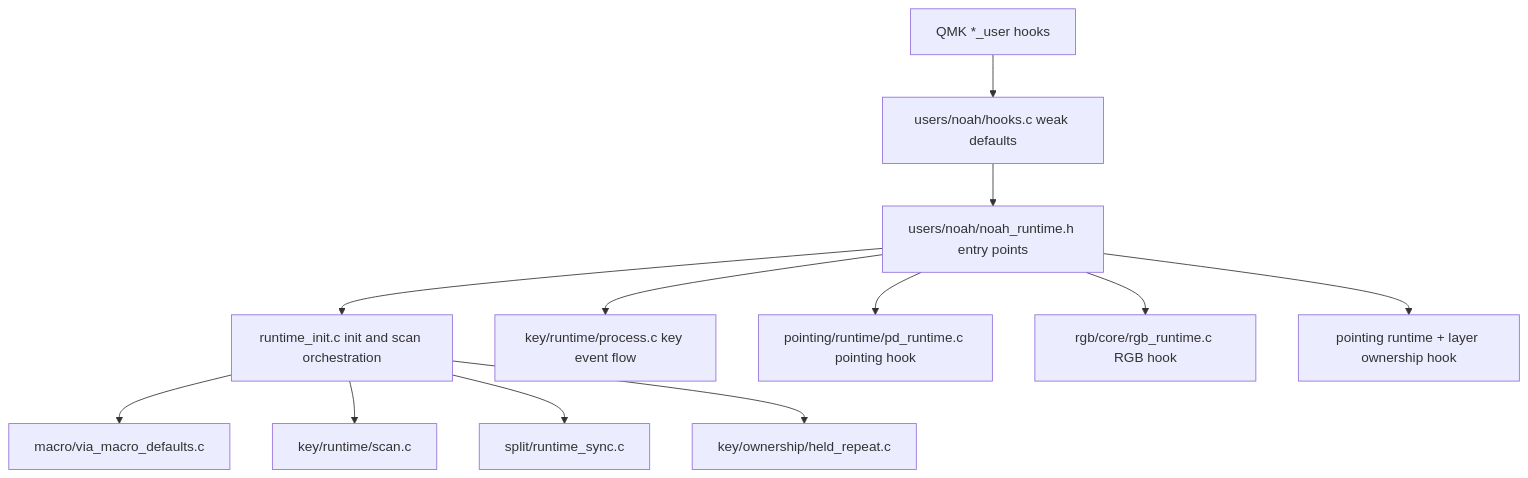
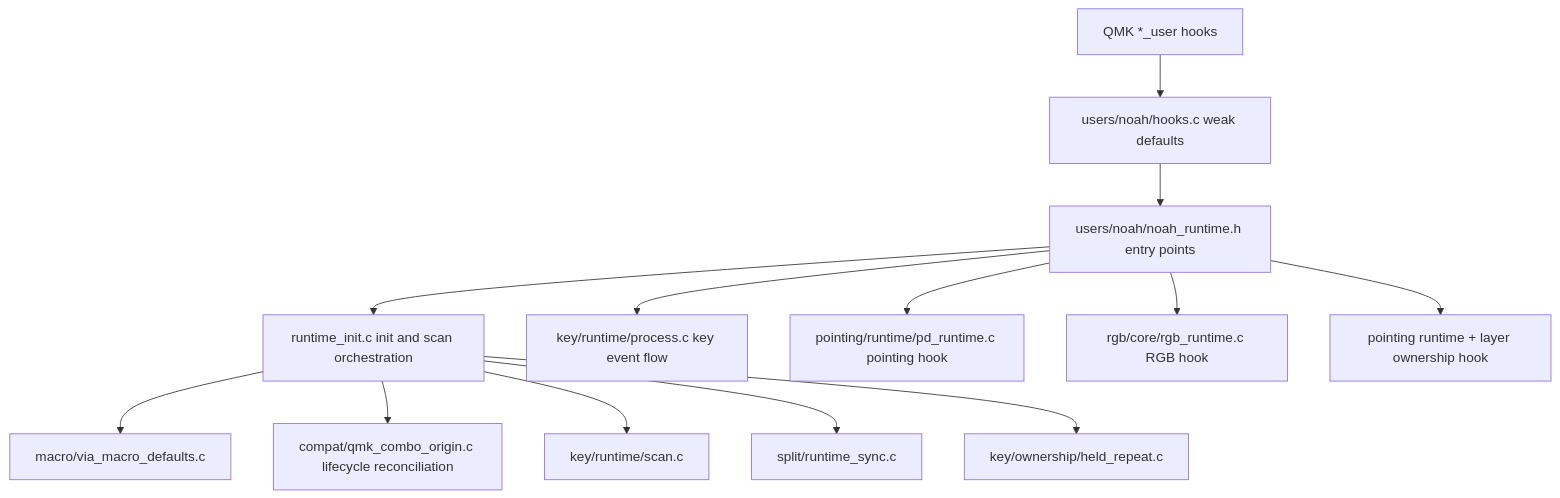
The first of 10 diagrams in docs/architecture/runtime-flow.md (NoahCLR/charybdis-4x6), drawn with Mermaid before and after one commit. The commit also changed other lines of this file and 19 other files, not shown here.

First line of the commit message:
Bound combo origin candidate lifetimes

````diff
--- a/docs/architecture/runtime-flow.md
+++ b/docs/architecture/runtime-flow.md
@@ -13,14 +13,15 @@
 ```mermaid
 flowchart TD
     qmk["QMK *_user hooks"] --> weak["users/noah/hooks.c weak defaults"]
     weak --> runtime["users/noah/noah_runtime.h entry points"]
     runtime --> init["runtime_init.c init and scan orchestration"]
     runtime --> process["key/runtime/process.c key event flow"]
     runtime --> pointing["pointing/runtime/pd_runtime.c pointing hook"]
     runtime --> rgb["rgb/core/rgb_runtime.c RGB hook"]
     runtime --> layer["pointing runtime + layer ownership hook"]
     init --> via_defaults["macro/via_macro_defaults.c"]
+    init --> combo_scan["compat/qmk_combo_origin.c lifecycle reconciliation"]
     init --> key_scan["key/runtime/scan.c"]
     init --> split_sync["split/runtime_sync.c"]
     init --> held_repeat["key/ownership/held_repeat.c"]
 ```
````
